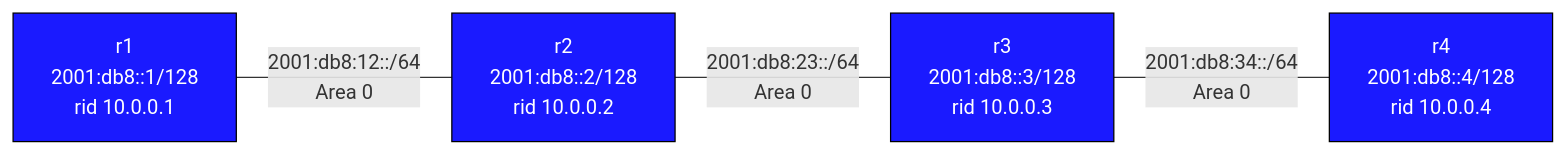
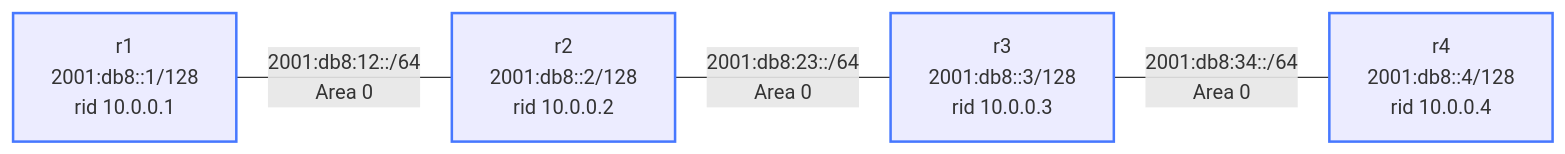
One commit to jschless/networkingLabs changed the diagram in labs/ipv6-ospf3/README.md. Above: the diagram before and after it, drawn with Mermaid. The commit also changed 250 other files, not shown here.

Commit message:
Fix unreadable topology diagrams, convert ASCII art, publish assessments (#57)

````diff
--- a/labs/ipv6-ospf3/README.md
+++ b/labs/ipv6-ospf3/README.md
@@ -11,14 +11,14 @@
 ```mermaid
 flowchart LR
-    r1["r1\n2001:db8::1/128\nrid 10.0.0.1"]
-    r2["r2\n2001:db8::2/128\nrid 10.0.0.2"]
-    r3["r3\n2001:db8::3/128\nrid 10.0.0.3"]
-    r4["r4\n2001:db8::4/128\nrid 10.0.0.4"]
+    r1["r1<br/>2001:db8::1/128<br/>rid 10.0.0.1"]
+    r2["r2<br/>2001:db8::2/128<br/>rid 10.0.0.2"]
+    r3["r3<br/>2001:db8::3/128<br/>rid 10.0.0.3"]
+    r4["r4<br/>2001:db8::4/128<br/>rid 10.0.0.4"]
 
-    r1 -- "2001:db8:12::/64\nArea 0" --- r2
-    r2 -- "2001:db8:23::/64\nArea 0" --- r3
-    r3 -- "2001:db8:34::/64\nArea 0" --- r4
+    r1 -- "2001:db8:12::/64<br/>Area 0" --- r2
+    r2 -- "2001:db8:23::/64<br/>Area 0" --- r3
+    r3 -- "2001:db8:34::/64<br/>Area 0" --- r4
 
-    classDef router fill:#1a1aff,color:#fff,stroke:#000
+    classDef router stroke:#4778ff,stroke-width:2px
     class r1,r2,r3,r4 router
 ```
````
